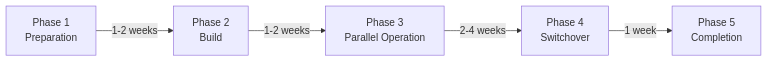
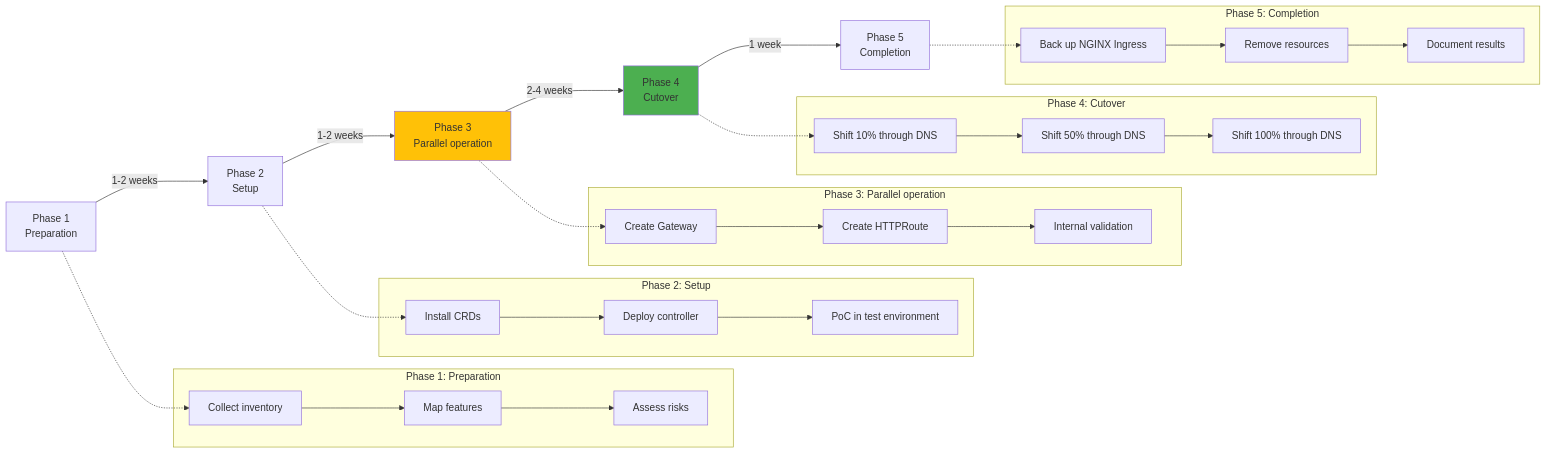
Before and after one commit to devfloor9/engineering-playbook: the diagram in i18n/en/docusaurus-plugin-content-docs/current/eks-best-practices/networking-performance/gateway-api-adoption-guide/migration-execution-strategy.md, drawn with Mermaid. The commit also changed other lines of this file, not shown here.

Commit message:
docs(en): complete Gateway API migration translation (#31)

````diff
--- a/i18n/en/docusaurus-plugin-content-docs/current/eks-best-practices/networking-performance/gateway-api-adoption-guide/migration-execution-strategy.md
+++ b/i18n/en/docusaurus-plugin-content-docs/current/eks-best-practices/networking-performance/gateway-api-adoption-guide/migration-execution-strategy.md
@@ -41,7 +120,66 @@
 ```mermaid
 flowchart LR
-    P1[Phase 1<br/>Preparation] -->|1-2 weeks| P2[Phase 2<br/>Build]
-    P2 -->|1-2 weeks| P3[Phase 3<br/>Parallel Operation]
-    P3 -->|2-4 weeks| P4[Phase 4<br/>Switchover]
-    P4 -->|1 week| P5[Phase 5<br/>Completion]
+    P1[Phase 1<br/>Preparation]
+    P2[Phase 2<br/>Setup]
+    P3[Phase 3<br/>Parallel operation]
+    P4[Phase 4<br/>Cutover]
+    P5[Phase 5<br/>Completion]
+
+    P1 -->|1-2 weeks| P2
+    P2 -->|1-2 weeks| P3
+    P3 -->|2-4 weeks| P4
+    P4 -->|1 week| P5
+
+    subgraph "Phase 1: Preparation"
+        P1A[Collect inventory]
+        P1B[Map features]
+        P1C[Assess risks]
+    end
+
+    subgraph "Phase 2: Setup"
+        P2A[Install CRDs]
+        P2B[Deploy controller]
+        P2C[PoC in test environment]
+    end
+
+    subgraph "Phase 3: Parallel operation"
+        P3A[Create Gateway]
+        P3B[Create HTTPRoute]
+        P3C[Internal validation]
+    end
+
+    subgraph "Phase 4: Cutover"
+        P4A[Shift 10% through DNS]
+        P4B[Shift 50% through DNS]
+        P4C[Shift 100% through DNS]
+    end
+
+    subgraph "Phase 5: Completion"
+        P5A[Back up NGINX Ingress]
+        P5B[Remove resources]
+        P5C[Document results]
+    end
+
+    P1 -.-> P1A
+    P1A --> P1B
+    P1B --> P1C
+
+    P2 -.-> P2A
+    P2A --> P2B
+    P2B --> P2C
+
+    P3 -.-> P3A
+    P3A --> P3B
+    P3B --> P3C
+
+    P4 -.-> P4A
+    P4A --> P4B
+    P4B --> P4C
+
+    P5 -.-> P5A
+    P5A --> P5B
+    P5B --> P5C
+
+    style P4 fill:#4CAF50
+    style P3 fill:#FFC107
 ```
````
